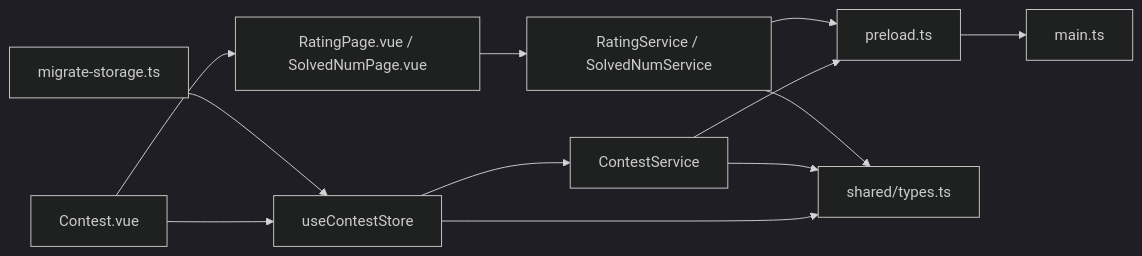
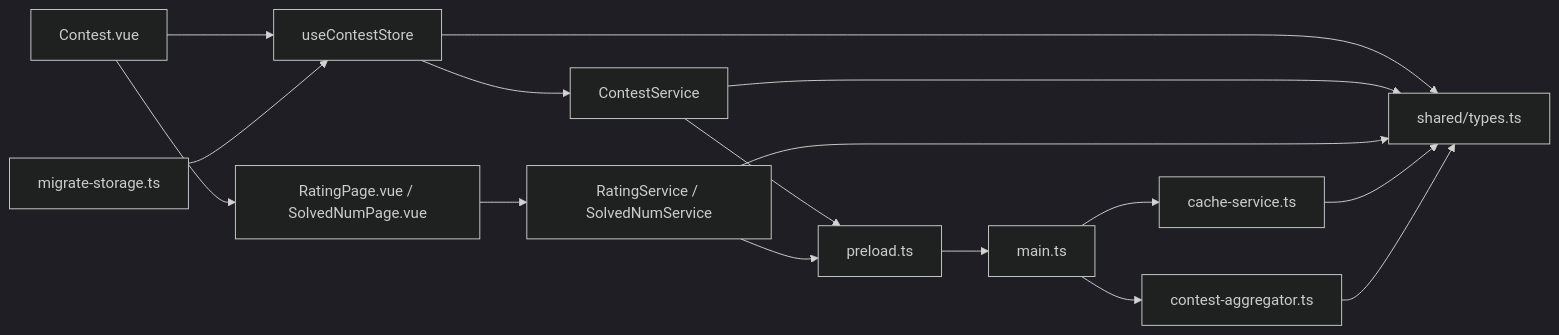
One commit to Siborne/OJFlow changed the tenth of 10 diagrams in .qoder/repowiki/zh/content/架构设计/数据流架构.md. Above: the diagram before and after it, drawn with Mermaid (dark theme). The commit also changed other lines of this file and 23 other files, not shown here.

````diff
--- a/.qoder/repowiki/zh/content/架构设计/数据流架构.md
+++ b/.qoder/repowiki/zh/content/架构设计/数据流架构.md
@@ -380,14 +527,18 @@
 ```mermaid
 graph LR
 V["Contest.vue"] --> CS["useContestStore"]
 V --> RS["RatingPage.vue / SolvedNumPage.vue"]
 CS --> SV["ContestService"]
 RS --> RSV["RatingService / SolvedNumService"]
 SV --> PL["preload.ts"]
 RSV --> PL
 PL --> MP["main.ts"]
 CS --> ST["shared/types.ts"]
 SV --> ST
 RSV --> ST
+MP --> CSVC["cache-service.ts"]
+MP --> CA["contest-aggregator.ts"]
+CSVC --> ST
+CA --> ST
 MS["migrate-storage.ts"] --> CS
 ```
````
